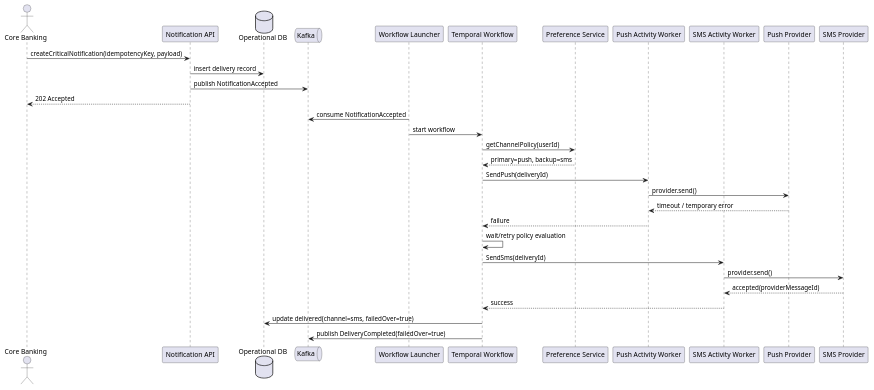
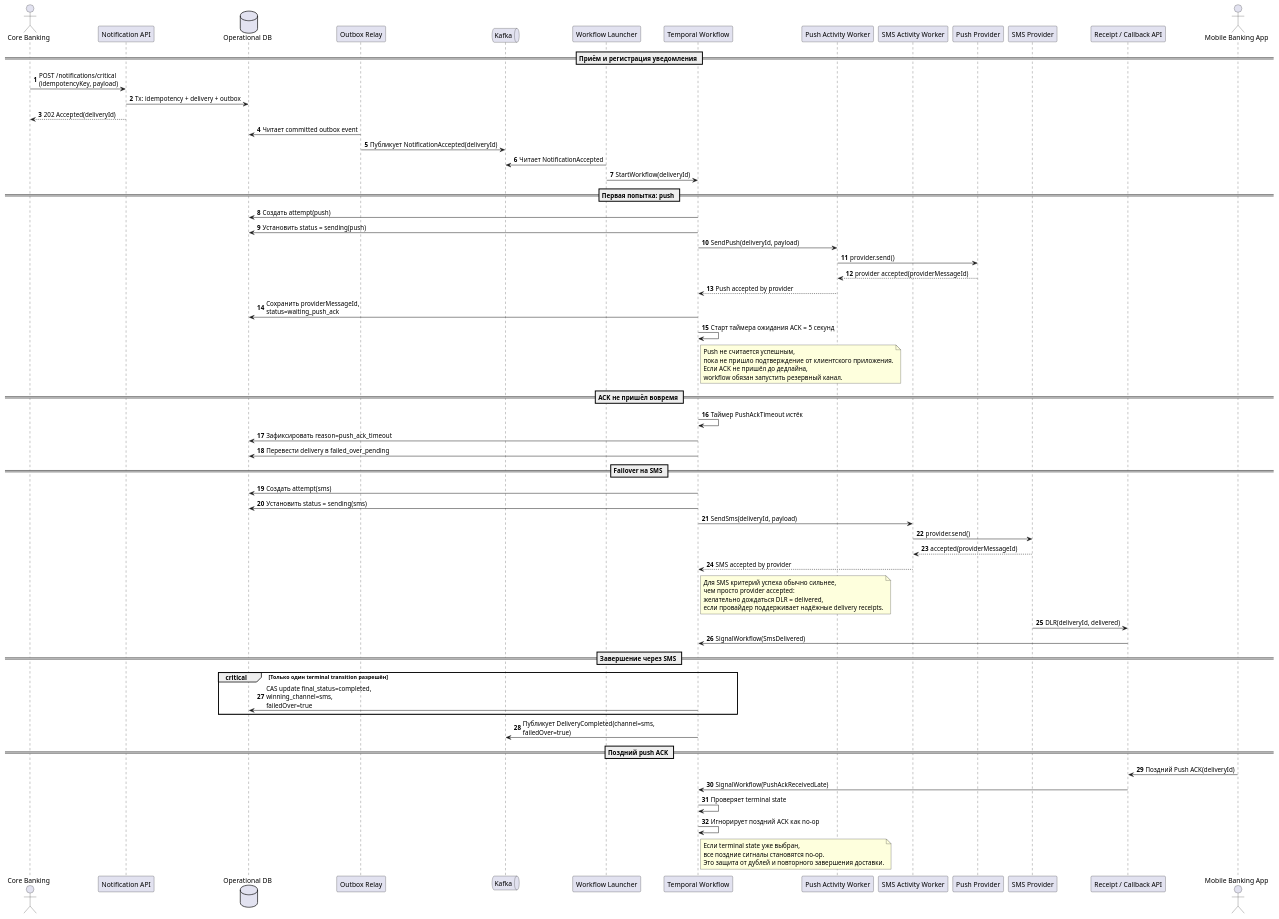
The sixth of 7 diagrams in rfc_guaranteed_delivery_failover.md (dashhhik/tb_4), drawn with PlantUML before and after one commit. The commit also changed other lines of this file and 6 other files, not shown here.

Commit message:
Add initial files for Notification Platform project including images and architecture documentation

````diff
--- a/rfc_guaranteed_delivery_failover.md
+++ b/rfc_guaranteed_delivery_failover.md
@@ -507,37 +614,97 @@
 ```plantuml
 @startuml
+autonumber
+
 actor "Core Banking" as Core
 participant "Notification API" as API
 database "Operational DB" as DB
+participant "Outbox Relay" as Relay
 queue "Kafka" as K
 participant "Workflow Launcher" as L
 participant "Temporal Workflow" as WF
-participant "Preference Service" as Pref
 participant "Push Activity Worker" as PushW
 participant "SMS Activity Worker" as SmsW
 participant "Push Provider" as PushP
 participant "SMS Provider" as SmsP
+participant "Receipt / Callback API" as CB
+actor "Mobile Banking App" as App
 
-Core -> API: createCriticalNotification(idempotencyKey, payload)
-API -> DB: insert delivery record
-API -> K: publish NotificationAccepted
-API --> Core: 202 Accepted
+== Приём и регистрация уведомления ==
 
-L -> K: consume NotificationAccepted
-L -> WF: start workflow
-WF -> Pref: getChannelPolicy(userId)
-Pref --> WF: primary=push, backup=sms
-WF -> PushW: SendPush(deliveryId)
+Core -> API: POST /notifications/critical\n(idempotencyKey, payload)
+API -> DB: Tx: idempotency + delivery + outbox
+API --> Core: 202 Accepted(deliveryId)
+
+Relay -> DB: Читает committed outbox event
+Relay -> K: Публикует NotificationAccepted(deliveryId)
+L -> K: Читает NotificationAccepted
+L -> WF: StartWorkflow(deliveryId)
+
+== Первая попытка: push ==
+
+WF -> DB: Создать attempt(push)
+WF -> DB: Установить status = sending(push)
+WF -> PushW: SendPush(deliveryId, payload)
+
 PushW -> PushP: provider.send()
-PushP --> PushW: timeout / temporary error
-PushW --> WF: failure
+PushP --> PushW: provider accepted(providerMessageId)
+PushW --> WF: Push accepted by provider
 
-WF -> WF: wait/retry policy evaluation
-WF -> SmsW: SendSms(deliveryId)
+WF -> DB: Сохранить providerMessageId,\nstatus=waiting_push_ack
+WF -> WF: Старт таймера ожидания ACK = 5 секунд
+
+note right of WF
+Push не считается успешным,
+пока не пришло подтверждение от клиентского приложения.
+Если ACK не пришёл до дедлайна,
+workflow обязан запустить резервный канал.
+end note
+
+== ACK не пришёл вовремя ==
+
+WF -> WF: Таймер PushAckTimeout истёк
+WF -> DB: Зафиксировать reason=push_ack_timeout
+WF -> DB: Перевести delivery в failed_over_pending
+
+== Failover на SMS ==
+
+WF -> DB: Создать attempt(sms)
+WF -> DB: Установить status = sending(sms)
+WF -> SmsW: SendSms(deliveryId, payload)
+
 SmsW -> SmsP: provider.send()
 SmsP --> SmsW: accepted(providerMessageId)
-SmsW --> WF: success
-WF -> DB: update delivered(channel=sms, failedOver=true)
-WF -> K: publish DeliveryCompleted(failedOver=true)
+SmsW --> WF: SMS accepted by provider
+
+note right of WF
+Для SMS критерий успеха обычно сильнее,
+чем просто provider accepted:
+желательно дождаться DLR = delivered,
+если провайдер поддерживает надёжные delivery receipts.
+end note
+
+SmsP -> CB: DLR(deliveryId, delivered)
+CB -> WF: SignalWorkflow(SmsDelivered)
+
+== Завершение через SMS ==
+
+critical Только один terminal transition разрешён
+    WF -> DB: CAS update final_status=completed,\nwinning_channel=sms,\nfailedOver=true
+end
+
+WF -> K: Публикует DeliveryCompleted(channel=sms,\nfailedOver=true)
+
+== Поздний push ACK ==
+
+App -> CB: Поздний Push ACK(deliveryId)
+CB -> WF: SignalWorkflow(PushAckReceivedLate)
+WF -> WF: Проверяет terminal state
+WF -> WF: Игнорирует поздний ACK как no-op
+
+note right of WF
+Если terminal state уже выбран,
+все поздние сигналы становятся no-op.
+Это защита от дублей и повторного завершения доставки.
+end note
 @enduml
 ```
````
